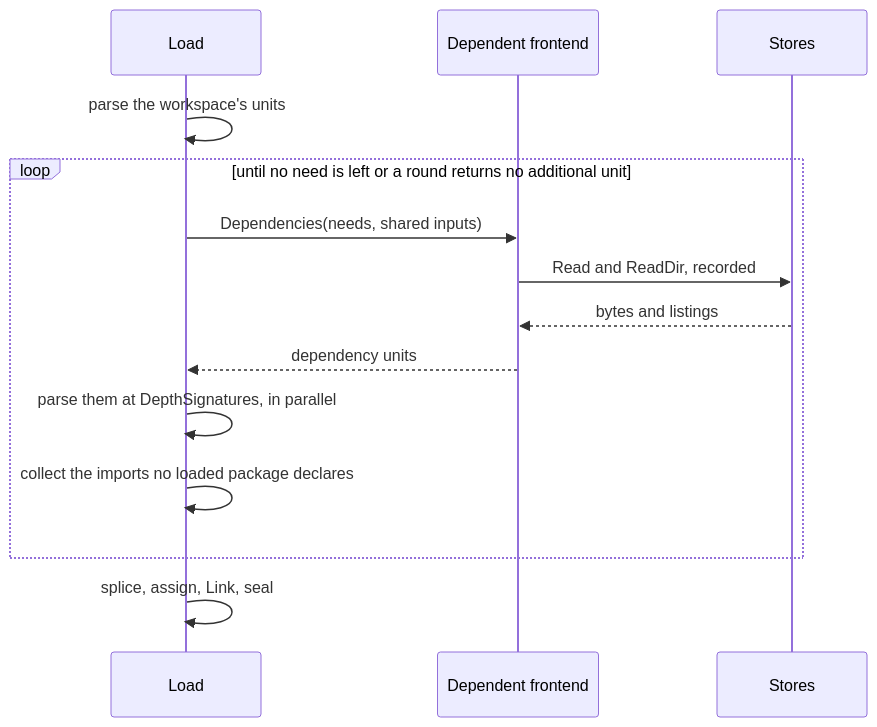
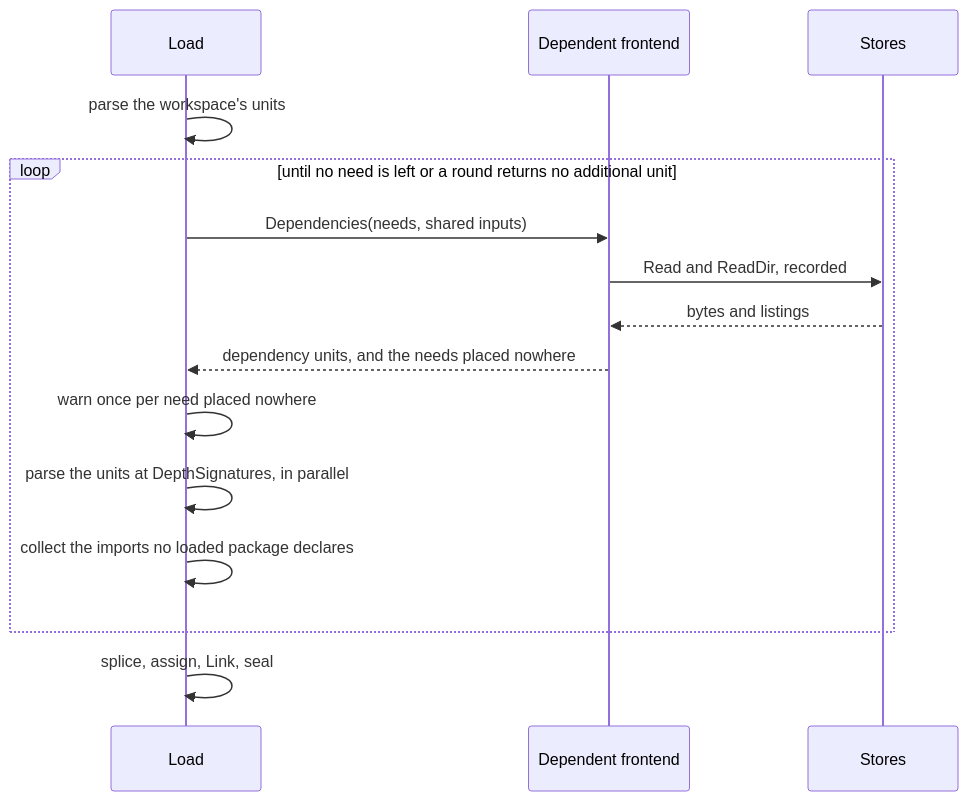
Before and after one commit to dokimasia/eidos: the diagram in docs/rfc/0015-tree-sitter-frontends-and-dependency-stores.md, drawn with Mermaid. The commit also changed other lines of this file and 2 other files, not shown here.

````diff
--- a/docs/rfc/0015-tree-sitter-frontends-and-dependency-stores.md
+++ b/docs/rfc/0015-tree-sitter-frontends-and-dependency-stores.md
@@ -430,16 +464,17 @@
 ```mermaid
 sequenceDiagram
     participant L as Load
     participant F as Dependent frontend
     participant S as Stores
     L->>L: parse the workspace's units
     loop until no need is left or a round returns no additional unit
         L->>F: Dependencies(needs, shared inputs)
         F->>S: Read and ReadDir, recorded
         S-->>F: bytes and listings
-        F-->>L: dependency units
-        L->>L: parse them at DepthSignatures, in parallel
+        F-->>L: dependency units, and the needs placed nowhere
+        L->>L: warn once per need placed nowhere
+        L->>L: parse the units at DepthSignatures, in parallel
         L->>L: collect the imports no loaded package declares
     end
     L->>L: splice, assign, Link, seal
 ```
````
